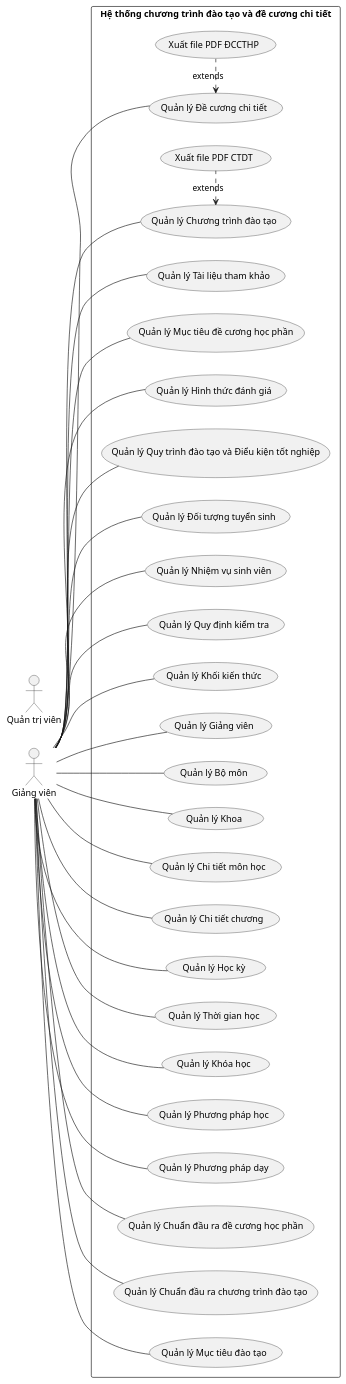
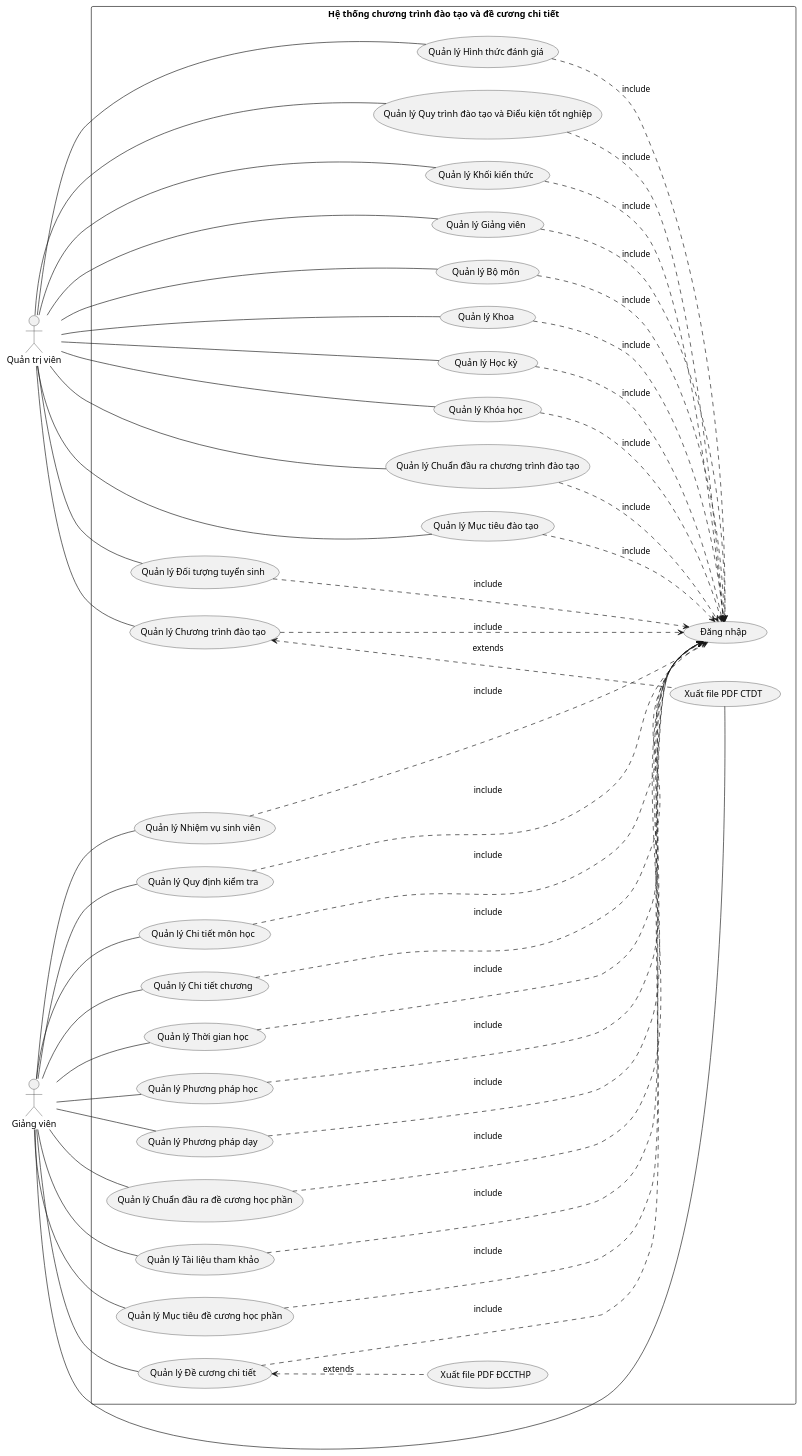
One commit to NhanNguyen1152/_CurriculumManagerSystem changed the diagram in Diagrams/Usecase.plantuml. Above: the diagram before and after it, drawn with PlantUML. The commit also changed 427 other files, not shown here.

```diff
--- a/Diagrams/Usecase.plantuml
+++ b/Diagrams/Usecase.plantuml
@@ -1,33 +1,63 @@
-@startuml uc
+@startuml
 left to right direction
 skinparam packageStyle rectangle
 actor "Quản trị viên" as ad
 actor "Giảng viên" as urs
 rectangle "Hệ thống chương trình đào tạo và đề cương chi tiết"{
- urs -- (Quản lý Đề cương chi tiết)
- (Quản lý Đề cương chi tiết) <. (Xuất file PDF ĐCCTHP) : extends
- urs -- (Quản lý Chương trình đào tạo)
- (Quản lý Chương trình đào tạo) <. (Xuất file PDF CTDT) : extends 
- urs -- (Quản lý Tài liệu tham khảo)
-urs -- (Quản lý Mục tiêu đề cương học phần)
-urs -- (Quản lý Hình thức đánh giá)
-urs -- (Quản lý Quy trình đào tạo và Điểu kiện tốt nghiệp)
-urs -- (Quản lý Đối tượng tuyển sinh)
-urs -- (Quản lý Nhiệm vụ sinh viên)
-urs -- (Quản lý Quy định kiểm tra)
-urs -- (Quản lý Khối kiến thức)
-urs -- (Quản lý Giảng viên)
-urs -- (Quản lý Bộ môn)
-urs -- (Quản lý Khoa)
-urs -- (Quản lý Chi tiết môn học)
-urs -- (Quản lý Chi tiết chương)
-urs -- (Quản lý Học kỳ)
-urs -- (Quản lý Thời gian học)
-urs -- (Quản lý Khóa học)
-urs -- (Quản lý Phương pháp học)
-urs -- (Quản lý Phương pháp dạy)
-urs -- (Quản lý Chuẩn đầu ra đề cương học phần)
-urs -- (Quản lý Chuẩn đầu ra chương trình đào tạo)
-urs -- (Quản lý Mục tiêu đào tạo)
+
+  together {
+        ad -- (Quản lý Chương trình đào tạo)
+        (Quản lý Chương trình đào tạo) <... (Xuất file PDF CTDT) : extends 
+        ad -- (Quản lý Hình thức đánh giá)
+        (Quản lý Hình thức đánh giá) ..> (Đăng nhập) : include
+        ad -- (Quản lý Quy trình đào tạo và Điểu kiện tốt nghiệp)
+        (Quản lý Quy trình đào tạo và Điểu kiện tốt nghiệp)..> (Đăng nhập) : include
+        ad -- (Quản lý Đối tượng tuyển sinh)
+        (Quản lý Đối tượng tuyển sinh) ...> (Đăng nhập) : include
+        ad -- (Quản lý Khối kiến thức)
+        (Quản lý Khối kiến thức) ..> (Đăng nhập) : include
+        ad -- (Quản lý Giảng viên)
+        (Quản lý Giảng viên) ..> (Đăng nhập) : include
+        ad -- (Quản lý Bộ môn)
+        (Quản lý Bộ môn) ..> (Đăng nhập) : include
+        ad -- (Quản lý Khoa)
+        (Quản lý Khoa) ..> (Đăng nhập) : include
+        ad -- (Quản lý Học kỳ)
+        (Quản lý Học kỳ) ..> (Đăng nhập) : include
+        ad -- (Quản lý Khóa học)
+        (Quản lý Khóa học) ..> (Đăng nhập) : include
+        ad -- (Quản lý Chuẩn đầu ra chương trình đào tạo)
+        (Quản lý Chuẩn đầu ra chương trình đào tạo) ..> (Đăng nhập) : include
+        ad -- (Quản lý Mục tiêu đào tạo)
+        (Quản lý Mục tiêu đào tạo) ..> (Đăng nhập) : include 
+        (Quản lý Chương trình đào tạo) ...> (Đăng nhập) : include
+    }
+
+    together {
+        urs -- (Quản lý Đề cương chi tiết)
+        (Quản lý Đề cương chi tiết) <.. (Xuất file PDF ĐCCTHP) : extends
+        urs -- (Quản lý Tài liệu tham khảo)
+        (Quản lý Tài liệu tham khảo) ...> (Đăng nhập) : include
+        urs -- (Quản lý Mục tiêu đề cương học phần)
+        (Quản lý Mục tiêu đề cương học phần) ...> (Đăng nhập) : include
+        urs -- (Quản lý Nhiệm vụ sinh viên)
+        (Quản lý Nhiệm vụ sinh viên) ..> (Đăng nhập) : include
+        urs -- (Quản lý Quy định kiểm tra)
+        (Quản lý Quy định kiểm tra) ...> (Đăng nhập) : include
+        urs -- (Quản lý Chi tiết môn học)
+        (Quản lý Chi tiết môn học) ...> (Đăng nhập) : include
+        urs -- (Quản lý Chi tiết chương)
+        (Quản lý Chi tiết chương) ...> (Đăng nhập) : include
+        urs -- (Quản lý Thời gian học)
+        (Quản lý Thời gian học) ...> (Đăng nhập) : include
+        urs -- (Quản lý Phương pháp học)
+        (Quản lý Phương pháp học) ...> (Đăng nhập) : include
+        urs -- (Quản lý Phương pháp dạy)
+        (Quản lý Phương pháp dạy) ...> (Đăng nhập) : include
+        urs -- (Quản lý Chuẩn đầu ra đề cương học phần)
+        (Quản lý Chuẩn đầu ra đề cương học phần) ...> (Đăng nhập) : include
+        (Quản lý Đề cương chi tiết) ...> (Đăng nhập) : include
+        urs -- (Xuất file PDF CTDT)
+    }
 }
 @enduml
```
